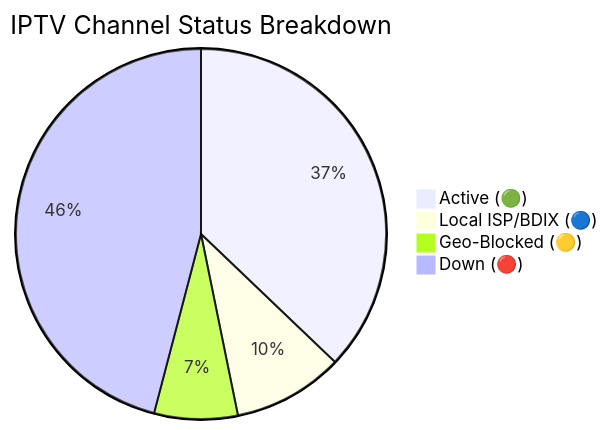
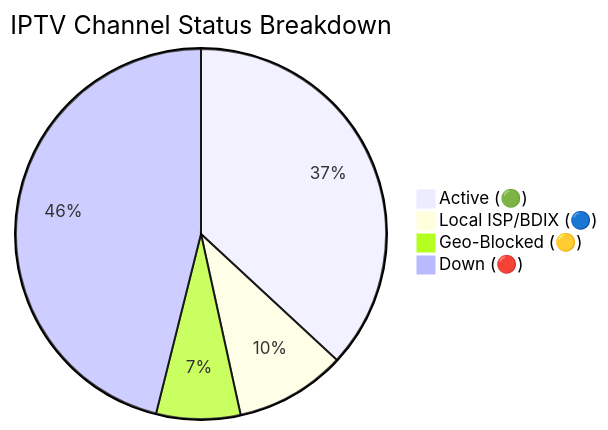
One commit to Zaman-Topu/Ip-tv-Collection changed the diagram in README.md. Above: the diagram before and after it, drawn with Mermaid. The commit also changed other lines of this file and 1 other file, not shown here.

Commit message:
docs(readme): auto-update daily channel status chart

````diff
--- a/README.md
+++ b/README.md
@@ -59,7 +59,7 @@
 ```mermaid
 pie title IPTV Channel Status Breakdown
-    "Active (🟢)" : 2949
+    "Active (🟢)" : 2930
     "Local ISP/BDIX (🔵)" : 767
-    "Geo-Blocked (🟡)" : 578
-    "Down (🔴)" : 3646
+    "Geo-Blocked (🟡)" : 583
+    "Down (🔴)" : 3660
 ```
````
